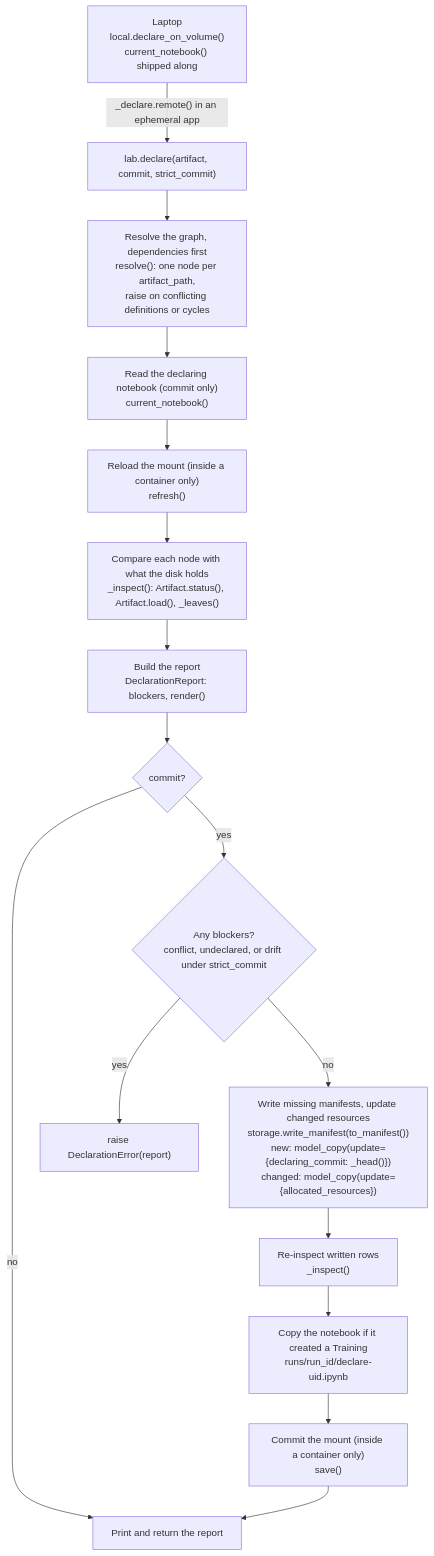
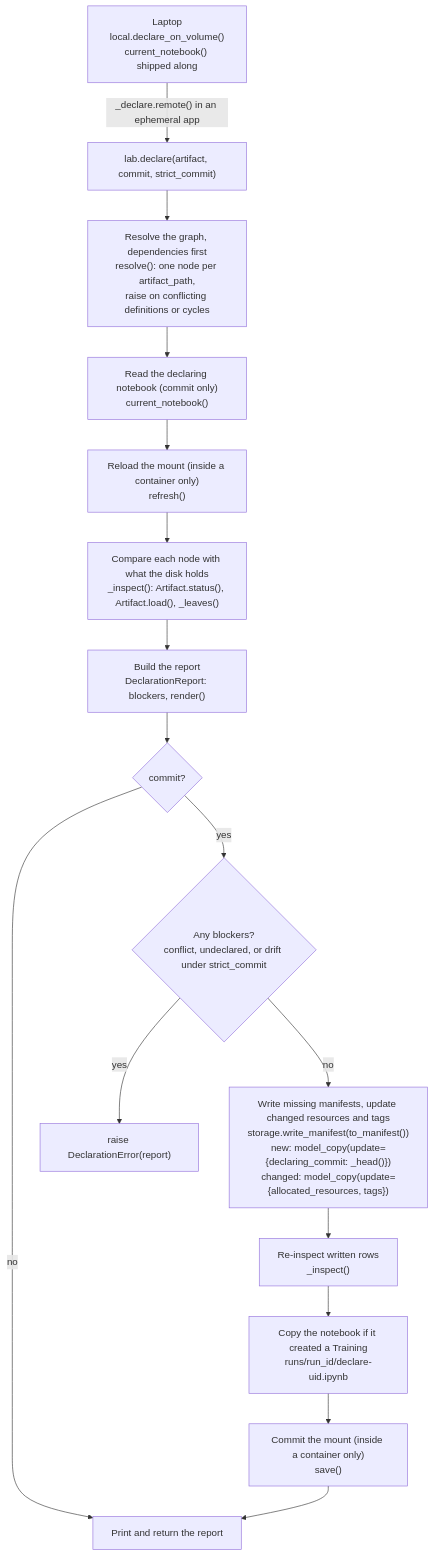
The second of 2 diagrams in docs/lab.md (ocanphys/launchpad), drawn with Mermaid before and after one commit. The commit also changed other lines of this file and 12 other files, not shown here.

````diff
--- a/docs/lab.md
+++ b/docs/lab.md
@@ -113,18 +113,18 @@
 ```mermaid
 flowchart TD
   LAP["Laptop<br/>local.declare_on_volume()<br/>current_notebook() shipped along"] -->|"_declare.remote() in an ephemeral app"| S
   S["lab.declare(artifact, commit, strict_commit)"] --> R["Resolve the graph, dependencies first<br/>resolve(): one node per artifact_path,<br/>raise on conflicting definitions or cycles"]
   R --> NBK["Read the declaring notebook (commit only)<br/>current_notebook()"]
   NBK --> RF["Reload the mount (inside a container only)<br/>refresh()"]
   RF --> I["Compare each node with what the disk holds<br/>_inspect(): Artifact.status(), Artifact.load(), _leaves()"]
   I --> REP["Build the report<br/>DeclarationReport: blockers, render()"]
   REP --> C{"commit?"}
   C -->|no| OUT["Print and return the report"]
   C -->|yes| BL{"Any blockers?<br/>conflict, undeclared, or drift under strict_commit"}
   BL -->|yes| ERR["raise DeclarationError(report)"]
-  BL -->|no| W["Write missing manifests, update changed resources<br/>storage.write_manifest(to_manifest())<br/>new: model_copy(update={declaring_commit: _head()})<br/>changed: model_copy(update={allocated_resources})"]
+  BL -->|no| W["Write missing manifests, update changed resources and tags<br/>storage.write_manifest(to_manifest())<br/>new: model_copy(update={declaring_commit: _head()})<br/>changed: model_copy(update={allocated_resources, tags})"]
   W --> RI["Re-inspect written rows<br/>_inspect()"]
   RI --> CP["Copy the notebook if it created a Training<br/>runs/run_id/declare-uid.ipynb"]
   CP --> SV["Commit the mount (inside a container only)<br/>save()"]
   SV --> OUT
 ```
````
